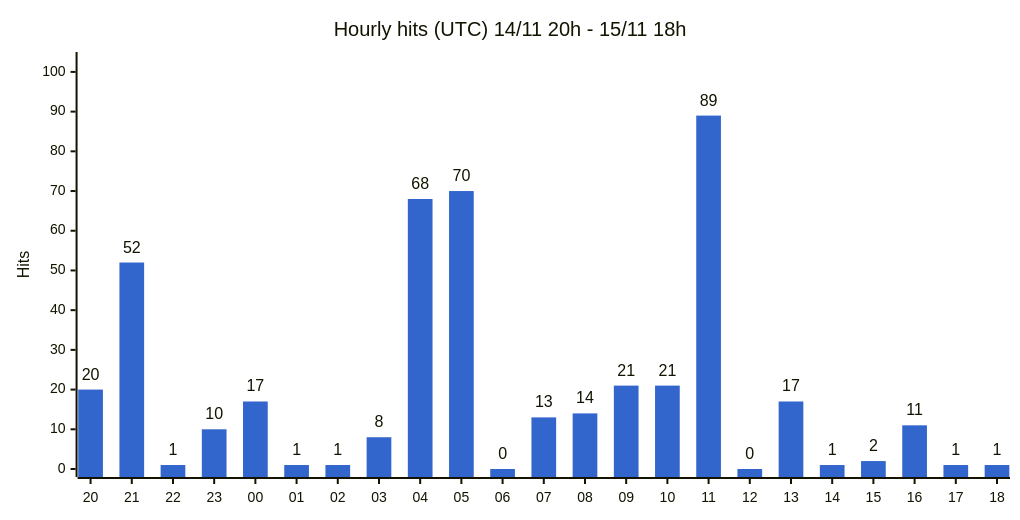
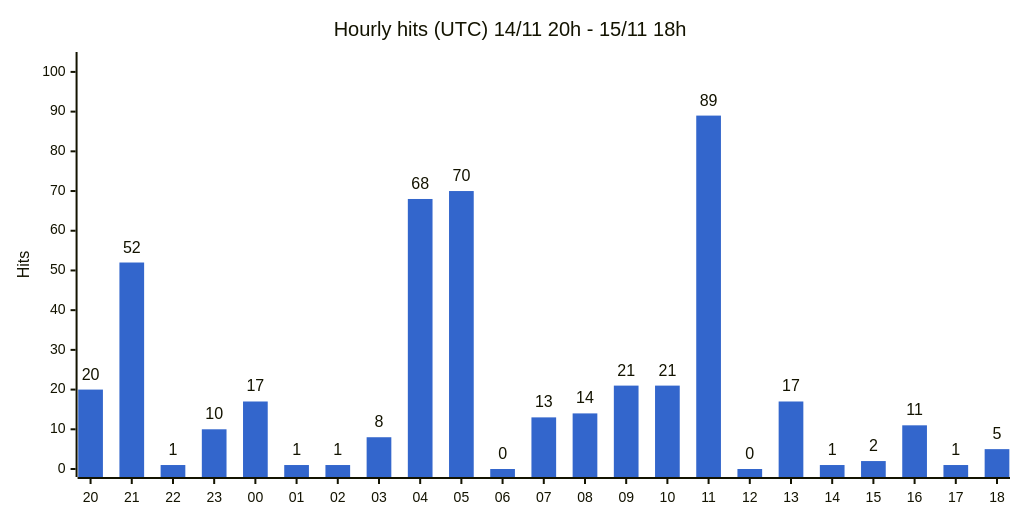
The first of 3 diagrams in docs/stats.md (gmoulard/wikipedia2book), drawn with Mermaid before and after one commit. The commit also changed other lines of this file and 1 other file, not shown here.

Commit message:
stats: deploy 2026-11-15 18:30 UTC

````diff
--- a/docs/stats.md
+++ b/docs/stats.md
@@ -17,8 +17,8 @@
 ```mermaid
 %%{init: {"xyChart": {"width": 1000, "showDataLabel": true, "showDataLabelOutsideBar": true}, "themeVariables": {"xyChart": {"plotColorPalette": "#3366cc"}}}}%%
 xychart-beta
     title "Hourly hits (UTC) 14/11 20h - 15/11 18h"
     x-axis ["20", "21", "22", "23", "00", "01", "02", "03", "04", "05", "06", "07", "08", "09", "10", "11", "12", "13", "14", "15", "16", "17", "18"]
     y-axis "Hits" 0 --> 103
-    bar [20, 52, 1, 10, 17, 1, 1, 8, 68, 70, 0, 13, 14, 21, 21, 89, 0, 17, 1, 2, 11, 1, 1]
+    bar [20, 52, 1, 10, 17, 1, 1, 8, 68, 70, 0, 13, 14, 21, 21, 89, 0, 17, 1, 2, 11, 1, 5]
 ```
````
